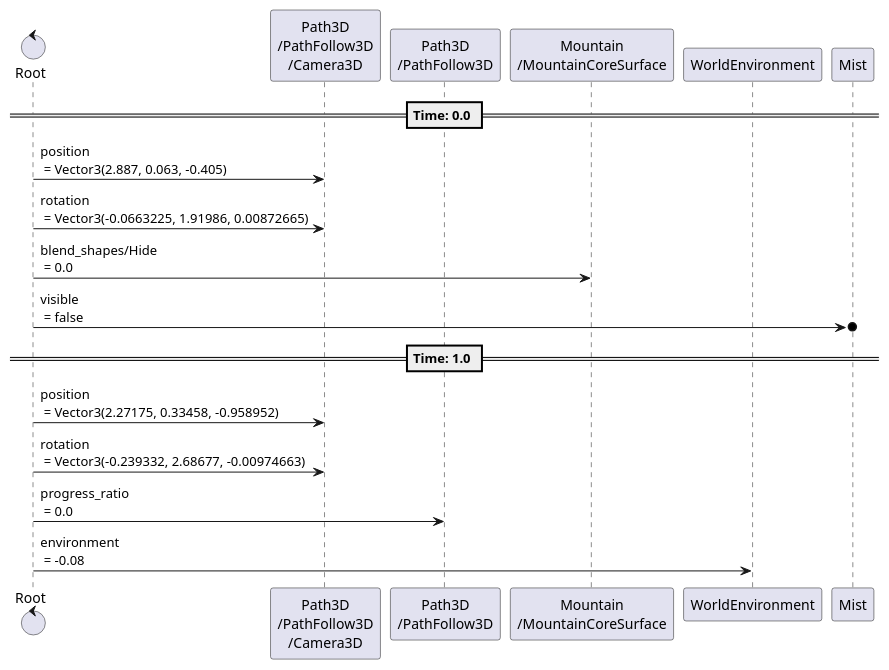
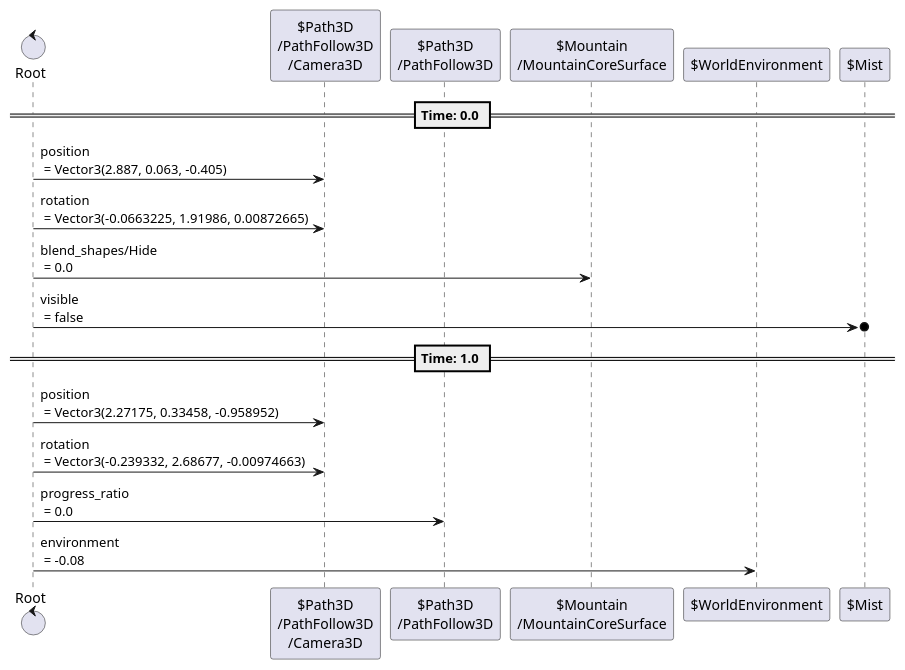
The sixth of 23 diagrams in content/scenes/src/world/world.tscn.adoc (tkmfujise/Platformer-Game-Learning), drawn with PlantUML before and after one commit. The commit also changed other lines of this file and 31 other files, not shown here.

Commit message:
Add prefix $ to node name in animation sequences

```diff
--- a/content/scenes/src/world/world.tscn.adoc
+++ b/content/scenes/src/world/world.tscn.adoc
@@ -220,24 +220,24 @@
 [plantuml]
 ....
-control "Root" as Root
-participant "Path3D\n/PathFollow3D\n/Camera3D" as T0
-participant "Path3D\n/PathFollow3D" as T2
-participant "Mountain\n/MountainCoreSurface" as T3
-participant "WorldEnvironment" as T4
-participant "Mist" as T5
+control "Root" as R
+participant "$Path3D\n/PathFollow3D\n/Camera3D" as T0
+participant "$Path3D\n/PathFollow3D" as T2
+participant "$Mountain\n/MountainCoreSurface" as T3
+participant "$WorldEnvironment" as T4
+participant "$Mist" as T5
 
 
 
 == Time: 0.0 ==
-Root  ->  T0 : position\n = Vector3(2.887, 0.063, -0.405)
-Root  ->  T0 : rotation\n = Vector3(-0.0663225, 1.91986, 0.00872665)
-Root  ->  T3 : blend_shapes/Hide\n = 0.0
-Root  ->o  T5 : visible\n = false
+R  ->  T0 : position\n = Vector3(2.887, 0.063, -0.405)
+R  ->  T0 : rotation\n = Vector3(-0.0663225, 1.91986, 0.00872665)
+R  ->  T3 : blend_shapes/Hide\n = 0.0
+R  ->o  T5 : visible\n = false
 == Time: 1.0 ==
-Root  ->  T0 : position\n = Vector3(2.27175, 0.33458, -0.958952)
-Root  ->  T0 : rotation\n = Vector3(-0.239332, 2.68677, -0.00974663)
-Root  ->  T2 : progress_ratio\n = 0.0
-Root  ->  T4 : environment\n = -0.08
+R  ->  T0 : position\n = Vector3(2.27175, 0.33458, -0.958952)
+R  ->  T0 : rotation\n = Vector3(-0.239332, 2.68677, -0.00974663)
+R  ->  T2 : progress_ratio\n = 0.0
+R  ->  T4 : environment\n = -0.08
 
 
 ....
```
